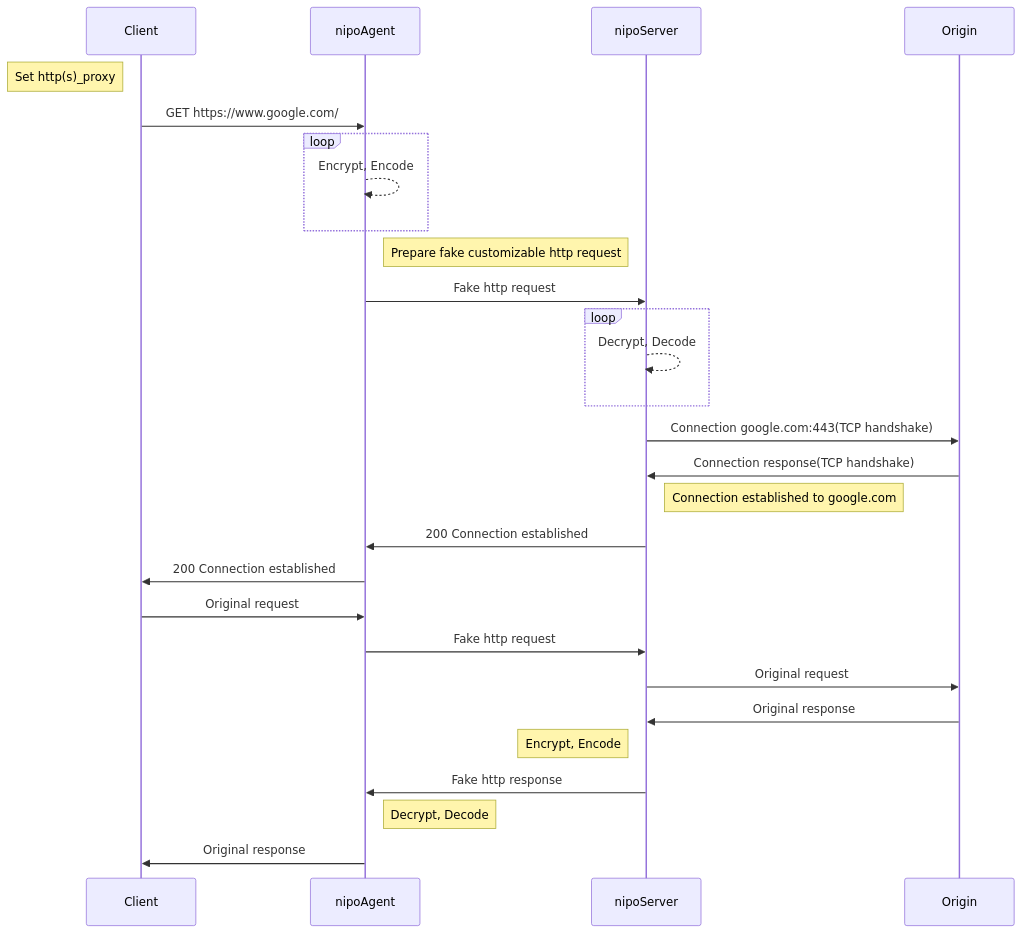
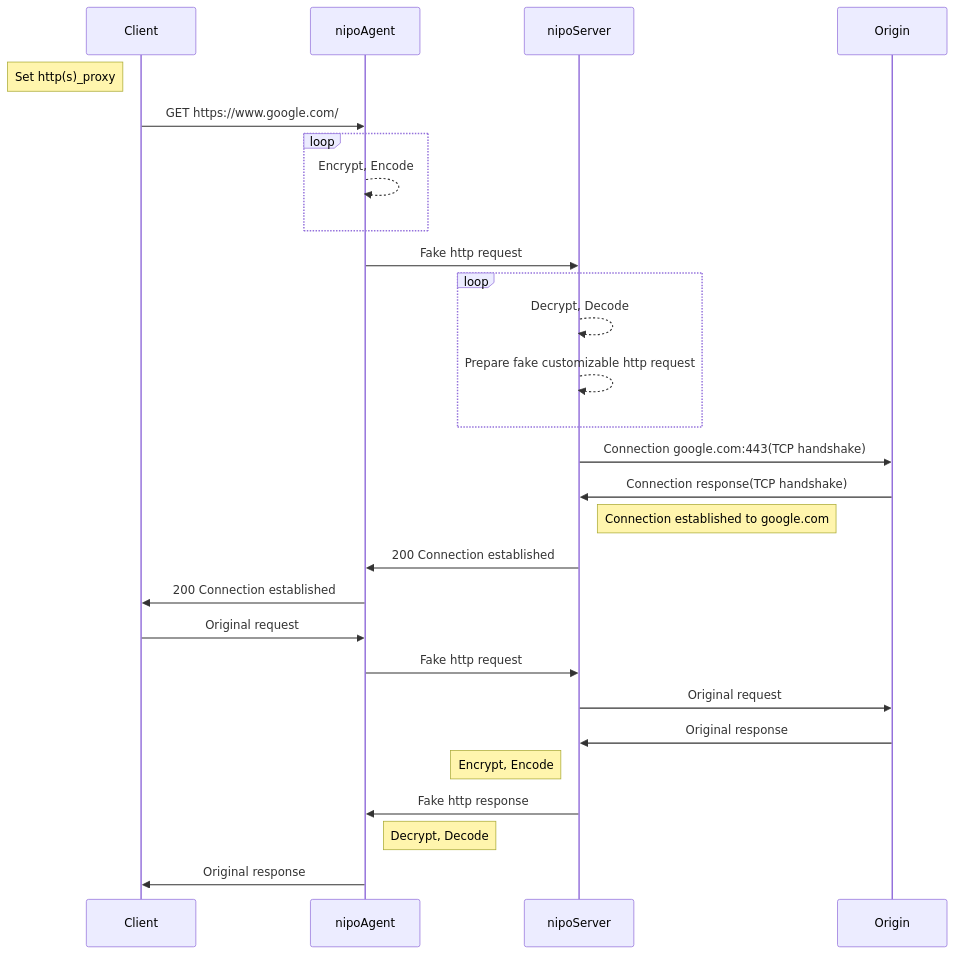
The diagram in README.md (MortezaBashsiz/nipovpn), drawn with Mermaid before and after one commit.

Commit message:
Test Readme

````diff
--- a/README.md
+++ b/README.md
@@ -6,28 +6,28 @@
 ```mermaid
 sequenceDiagram
 Note left of Client: Set http(s)_proxy
 Client ->> nipoAgent: GET https://www.google.com/ 
 loop
     nipoAgent-->>nipoAgent: Encrypt, Encode
 end
-Note right of nipoAgent: Prepare fake customizable http request
 nipoAgent ->> nipoServer: Fake http request
 loop
     nipoServer-->>nipoServer: Decrypt, Decode
+    nipoServer-->>nipoServer: Prepare fake customizable http request
 end
 nipoServer ->> Origin: Connection google.com:443(TCP handshake)
 Origin ->> nipoServer: Connection response(TCP handshake)
 Note right of nipoServer: Connection established to google.com
 nipoServer ->> nipoAgent: 200 Connection established
 nipoAgent ->> Client: 200 Connection established
 Client ->> nipoAgent: Original request
 nipoAgent ->> nipoServer: Fake http request
 nipoServer ->> Origin: Original request
 Origin ->> nipoServer: Original response
 Note left of nipoServer: Encrypt, Encode
 nipoServer ->> nipoAgent: Fake http response
 Note right of nipoAgent: Decrypt, Decode
 nipoAgent ->> Client: Original response
 
 
 ```
````
